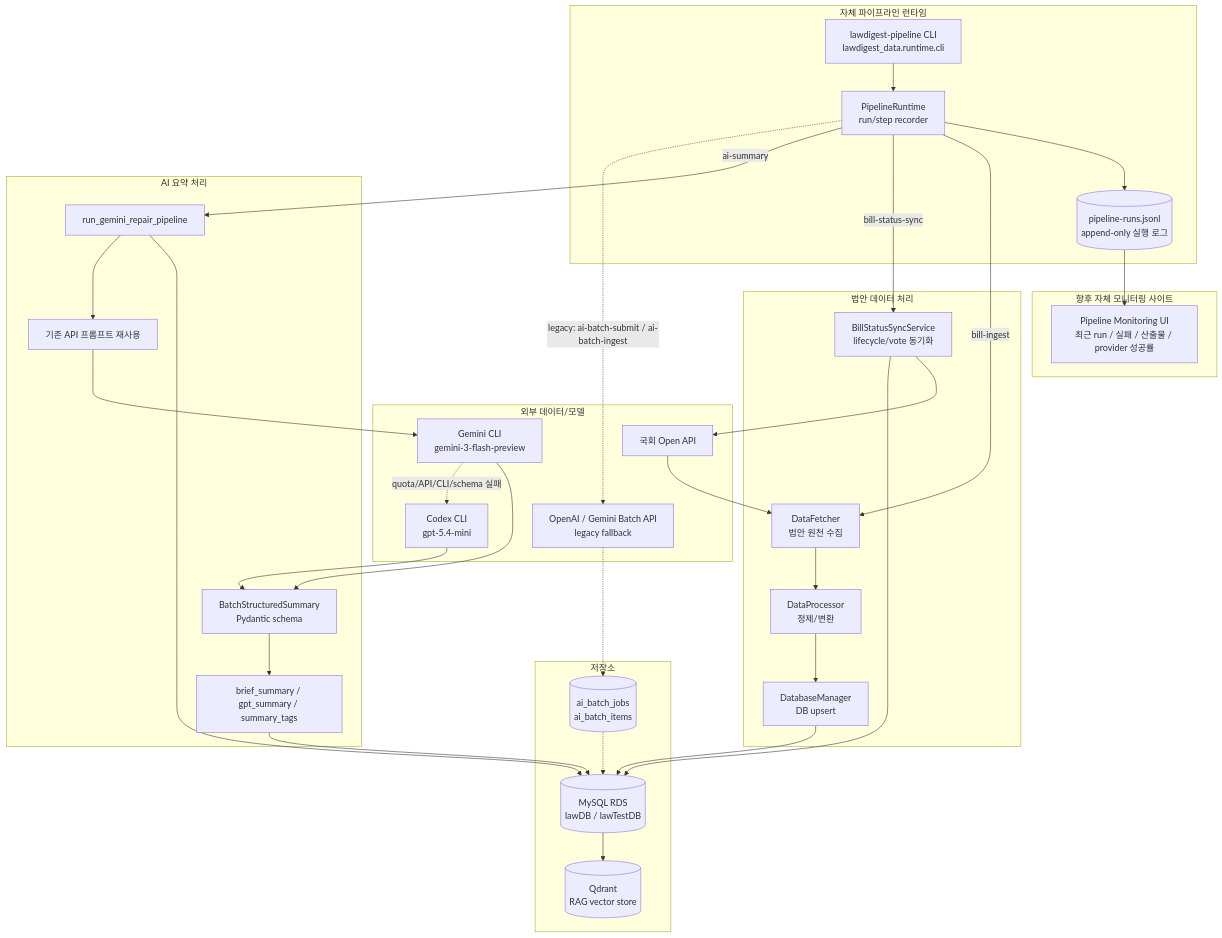
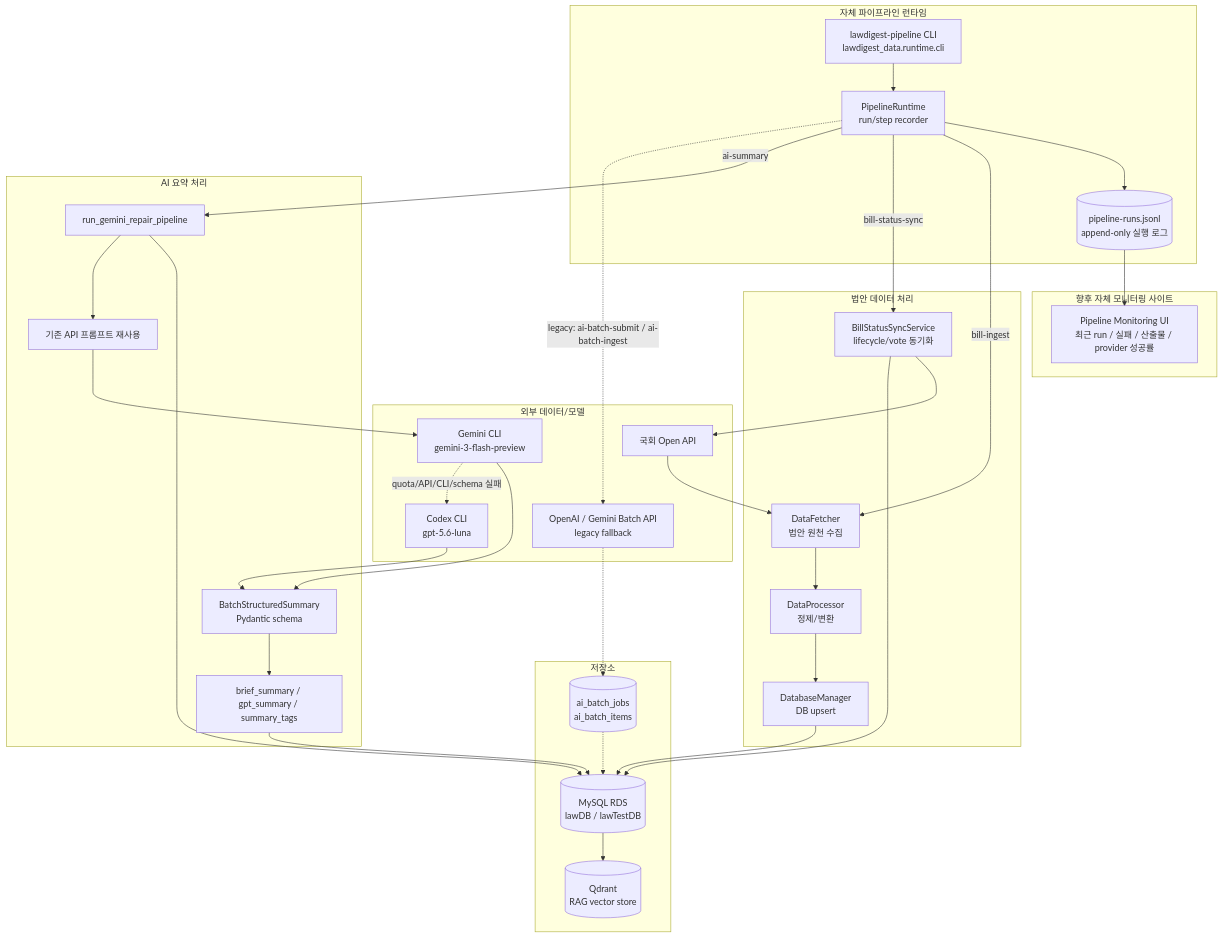
One commit to LawDigest/LawDigest changed the first of 3 diagrams in docs/data/법안 데이터 파이프라인/pipeline_architecture.md. Above: the diagram before and after it, drawn with Mermaid. The commit also changed other lines of this file and 4 other files, not shown here.

````diff
--- a/docs/data/법안 데이터 파이프라인/pipeline_architecture.md
+++ b/docs/data/법안 데이터 파이프라인/pipeline_architecture.md
@@ -29,69 +29,69 @@
 ```mermaid
 flowchart TB
     subgraph External["외부 데이터/모델"]
         Assembly["국회 Open API"]
-        Codex["Codex CLI<br/>gpt-5.4-mini"]
+        Codex["Codex CLI<br/>gpt-5.6-luna"]
         Gemini["Gemini CLI<br/>gemini-3-flash-preview"]
         OpenAI["OpenAI / Gemini Batch API<br/>legacy fallback"]
     end
 
     subgraph Runtime["자체 파이프라인 런타임"]
         CLI["lawdigest-pipeline CLI<br/>lawdigest_data.runtime.cli"]
         RuntimeCore["PipelineRuntime<br/>run/step recorder"]
         Log[("pipeline-runs.jsonl<br/>append-only 실행 로그")]
     end
 
     subgraph DataPipeline["법안 데이터 처리"]
         Fetcher["DataFetcher<br/>법안 원천 수집"]
         Processor["DataProcessor<br/>정제/변환"]
         DBManager["DatabaseManager<br/>DB upsert"]
         StatusSync["BillStatusSyncService<br/>lifecycle/vote 동기화"]
     end
 
     subgraph AI["AI 요약 처리"]
         RepairPipeline["run_gemini_repair_pipeline"]
         Prompt["기존 API 프롬프트 재사용"]
         Schema["BatchStructuredSummary<br/>Pydantic schema"]
         SummaryCols["brief_summary / gpt_summary / summary_tags"]
     end
 
     subgraph Storage["저장소"]
         MySQL[("MySQL RDS<br/>lawDB / lawTestDB")]
         BatchTables[("ai_batch_jobs<br/>ai_batch_items")]
         Qdrant[("Qdrant<br/>RAG vector store")]
     end
 
     subgraph Monitoring["향후 자체 모니터링 사이트"]
         Monitor["Pipeline Monitoring UI<br/>최근 run / 실패 / 산출물 / provider 성공률"]
     end
 
     CLI --> RuntimeCore
     RuntimeCore --> Log
     Log --> Monitor
 
     RuntimeCore -->|"bill-ingest"| Fetcher
     Assembly --> Fetcher
     Fetcher --> Processor
     Processor --> DBManager
     DBManager --> MySQL
 
     RuntimeCore -->|"bill-status-sync"| StatusSync
     StatusSync --> Assembly
     StatusSync --> MySQL
 
     RuntimeCore -->|"ai-summary"| RepairPipeline
     RepairPipeline --> MySQL
     RepairPipeline --> Prompt
     Prompt --> Gemini
     Gemini --> Schema
     Gemini -. "quota/API/CLI/schema 실패" .-> Codex
     Codex --> Schema
     Schema --> SummaryCols
     SummaryCols --> MySQL
 
     RuntimeCore -. "legacy: ai-batch-submit / ai-batch-ingest" .-> OpenAI
     OpenAI -.-> BatchTables
     BatchTables -.-> MySQL
 
     MySQL --> Qdrant
 ```
````
